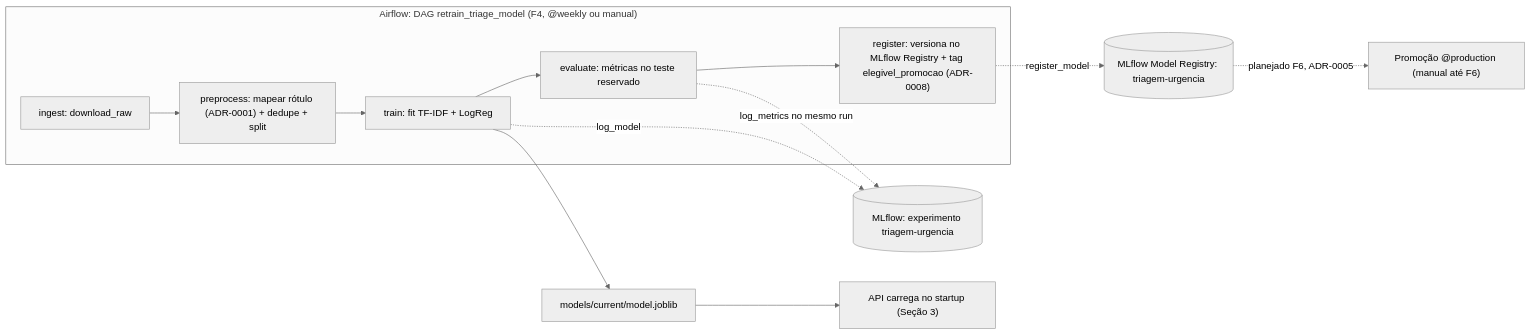
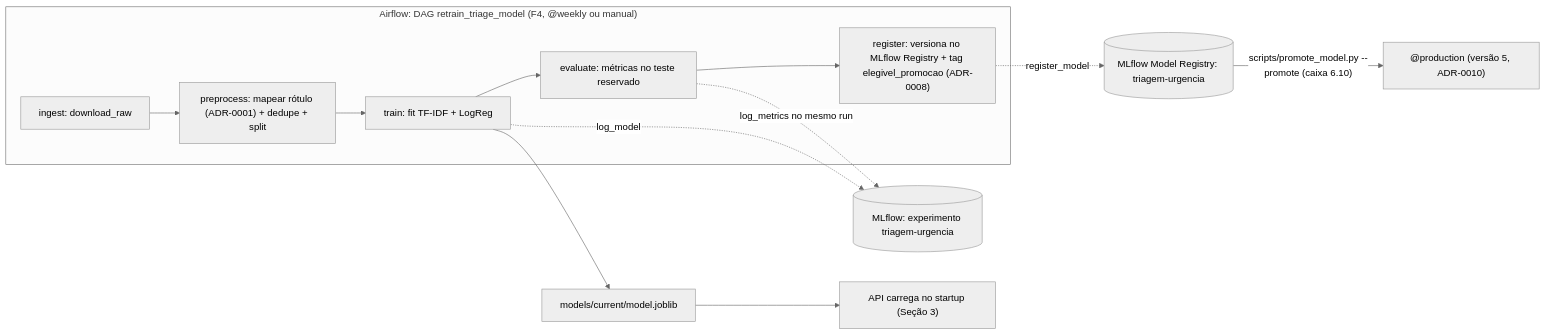
One commit to NycolasGarcia/Medical-Triage-NLP changed the second of 2 diagrams in docs/ARCHITECTURE.md. Above: the diagram before and after it, drawn with Mermaid (neutral theme). The commit also changed other lines of this file and 3 other files, not shown here.

First line of the commit message:
docs: registra ADR-0010 e a promoção real do modelo (caixa 6.10)

````diff
--- a/docs/ARCHITECTURE.md
+++ b/docs/ARCHITECTURE.md
@@ -75,18 +75,18 @@
 ```mermaid
 flowchart LR
     subgraph dag["Airflow: DAG retrain_triage_model (F4, @weekly ou manual)"]
         ING["ingest: download_raw"] --> PP["preprocess: mapear rótulo (ADR-0001) + dedupe + split"]
         PP --> TR["train: fit TF-IDF + LogReg"]
         TR --> EV["evaluate: métricas no teste reservado"]
         EV --> REG["register: versiona no MLflow Registry + tag elegivel_promocao (ADR-0008)"]
     end
 
     TR --> ART["models/current/model.joblib"]
     TR -.->|"log_model"| MLF[(MLflow: experimento triagem-urgencia)]
     EV -.->|"log_metrics no mesmo run"| MLF
     REG -.->|"register_model"| MLR[("MLflow Model Registry: triagem-urgencia")]
 
     ART --> API["API carrega no startup (Seção 3)"]
 
-    MLR -.->|planejado F6, ADR-0005| PROD["Promoção @production (manual até F6)"]
+    MLR -->|"scripts/promote_model.py --promote (caixa 6.10)"| PROD["@production (versão 5, ADR-0010)"]
 ```
````
